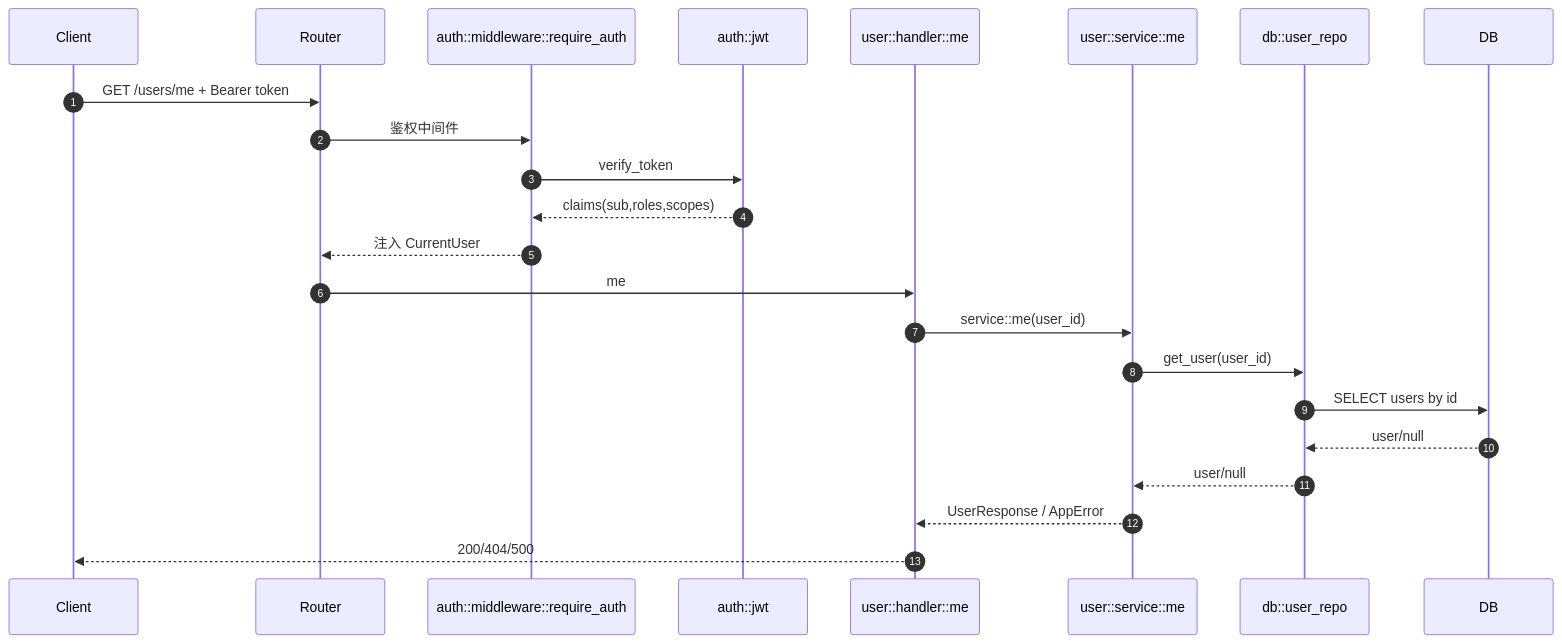
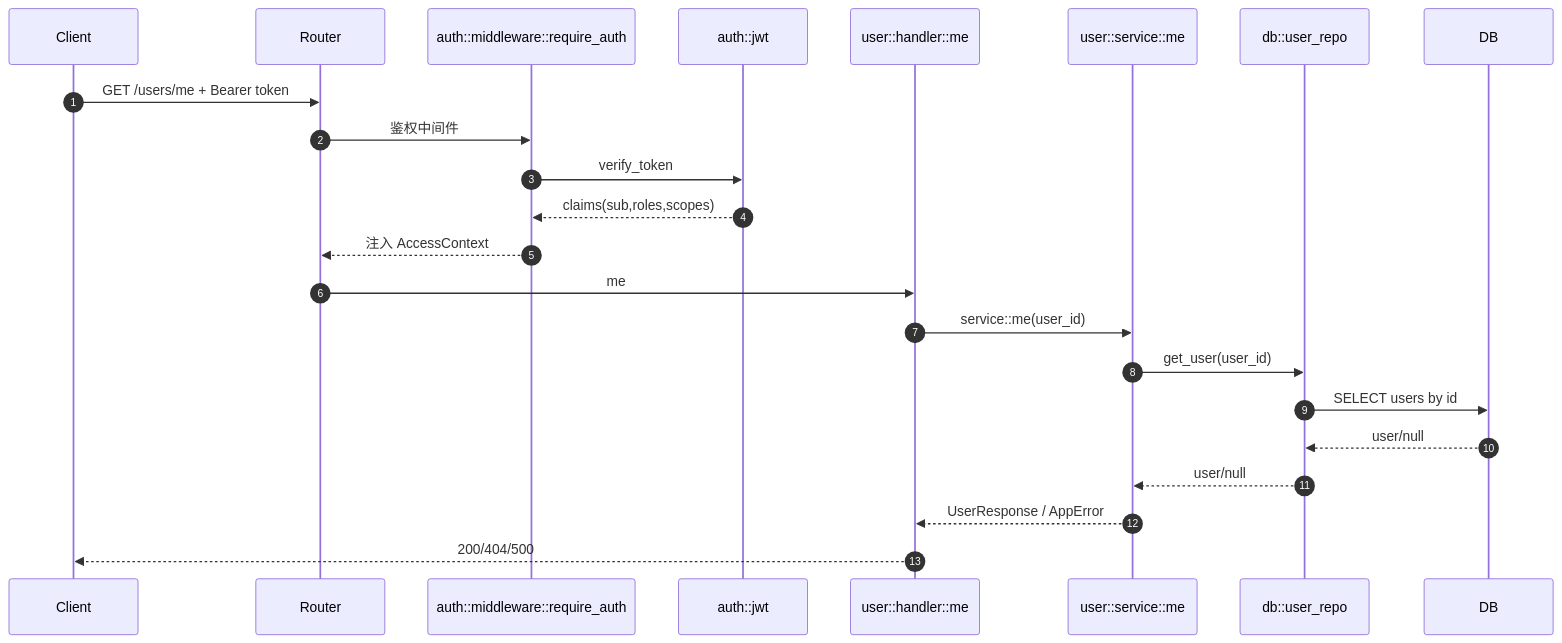
One commit to jianghs/babyegg-serve changed the third of 9 diagrams in README.md. Above: the diagram before and after it, drawn with Mermaid. The commit also changed other lines of this file and 1 other file, not shown here.

Commit message:
docs(readme): sync auth and rbac architecture notes

````diff
--- a/README.md
+++ b/README.md
@@ -132,26 +163,26 @@
 ```mermaid
 sequenceDiagram
     autonumber
     participant Client
     participant Router
     participant AuthMW as auth::middleware::require_auth
     participant Jwt as auth::jwt
     participant Handler as user::handler::me
     participant Service as user::service::me
     participant UserRepo as db::user_repo
     participant DB
 
     Client->>Router: GET /users/me + Bearer token
     Router->>AuthMW: 鉴权中间件
     AuthMW->>Jwt: verify_token
     Jwt-->>AuthMW: claims(sub,roles,scopes)
-    AuthMW-->>Router: 注入 CurrentUser
+    AuthMW-->>Router: 注入 AccessContext
     Router->>Handler: me
     Handler->>Service: service::me(user_id)
     Service->>UserRepo: get_user(user_id)
     UserRepo->>DB: SELECT users by id
     DB-->>UserRepo: user/null
     UserRepo-->>Service: user/null
     Service-->>Handler: UserResponse / AppError
     Handler-->>Client: 200/404/500
 ```
````
